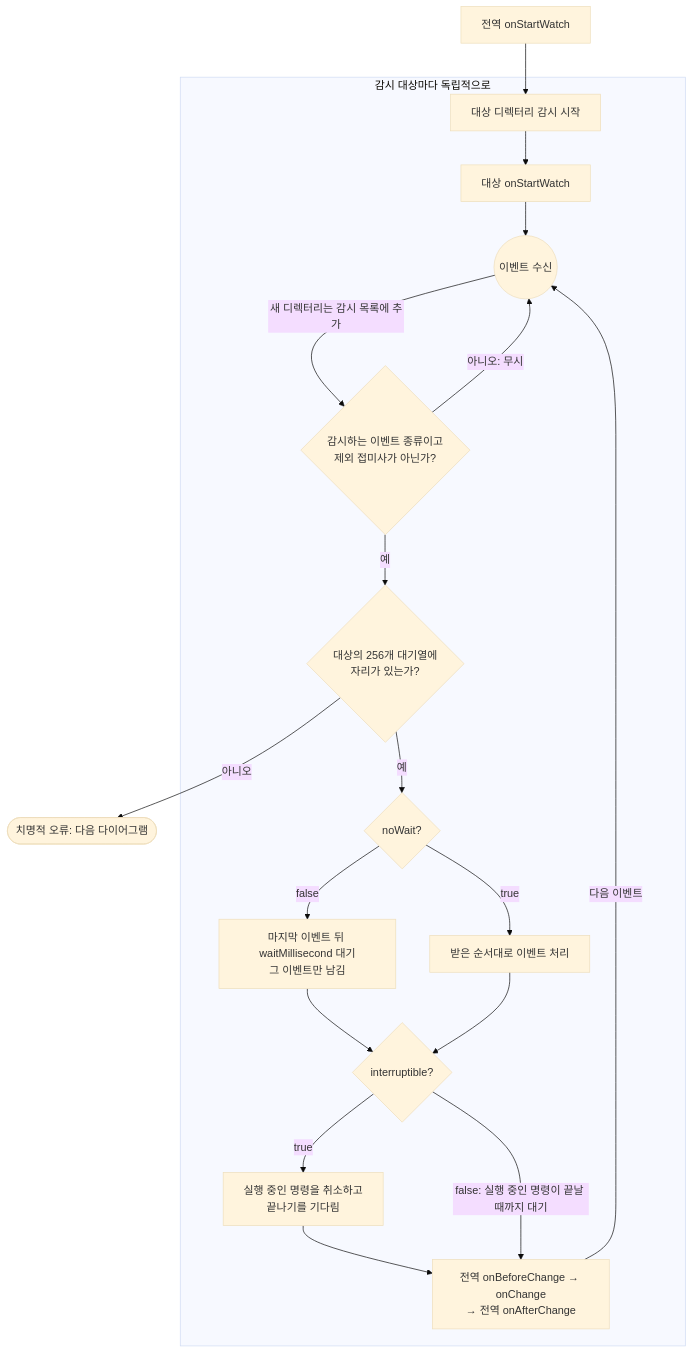
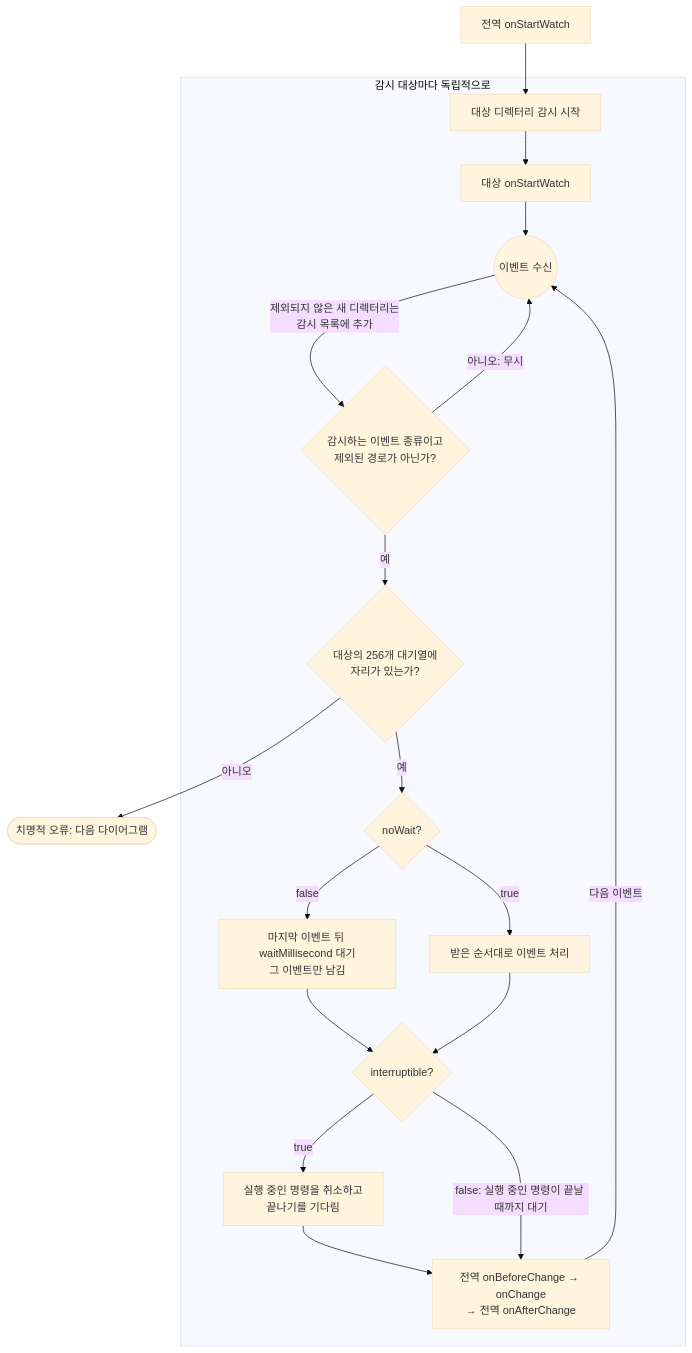
The first of 2 diagrams in README.ko.md (seungyeop-lee/directory-watcher), drawn with Mermaid (base theme) before and after one commit. The commit also changed other lines of this file and 47 other files, not shown here.

````diff
--- a/README.ko.md
+++ b/README.ko.md
@@ -136,35 +137,35 @@
 ```mermaid
 flowchart TD
     globalStart["전역 onStartWatch"]
     subgraph eachTarget["감시 대상마다 독립적으로"]
         watchDirs["대상 디렉터리 감시 시작"]
         targetStart["대상 onStartWatch"]
         receiveEvent(("이벤트 수신"))
-        filterEvent{"감시하는 이벤트 종류이고<br>제외 접미사가 아닌가?"}
+        filterEvent{"감시하는 이벤트 종류이고<br>제외된 경로가 아닌가?"}
         queueEvent{"대상의 256개 대기열에<br>자리가 있는가?"}
         modeChoice{"noWait?"}
         debounceWait["마지막 이벤트 뒤 waitMillisecond 대기<br>그 이벤트만 남김"]
         orderedRun["받은 순서대로 이벤트 처리"]
         interruptChoice{"interruptible?"}
         cancelPrevious["실행 중인 명령을 취소하고<br>끝나기를 기다림"]
         runChange["전역 onBeforeChange → onChange<br>→ 전역 onAfterChange"]
     end
     fatalStop(["치명적 오류: 다음 다이어그램"])
 
     globalStart --> watchDirs
     watchDirs --> targetStart
     targetStart --> receiveEvent
-    receiveEvent -->|"새 디렉터리는 감시 목록에 추가"| filterEvent
+    receiveEvent -->|"제외되지 않은 새 디렉터리는<br>감시 목록에 추가"| filterEvent
     filterEvent -->|"아니오: 무시"| receiveEvent
     filterEvent -->|"예"| queueEvent
     queueEvent -->|"아니오"| fatalStop
     queueEvent -->|"예"| modeChoice
     modeChoice -->|"false"| debounceWait
     modeChoice -->|"true"| orderedRun
     debounceWait --> interruptChoice
     orderedRun --> interruptChoice
     interruptChoice -->|"true"| cancelPrevious
     interruptChoice -->|"false: 실행 중인 명령이 끝날 때까지 대기"| runChange
     cancelPrevious --> runChange
     runChange -->|"다음 이벤트"| receiveEvent
 ```
````
